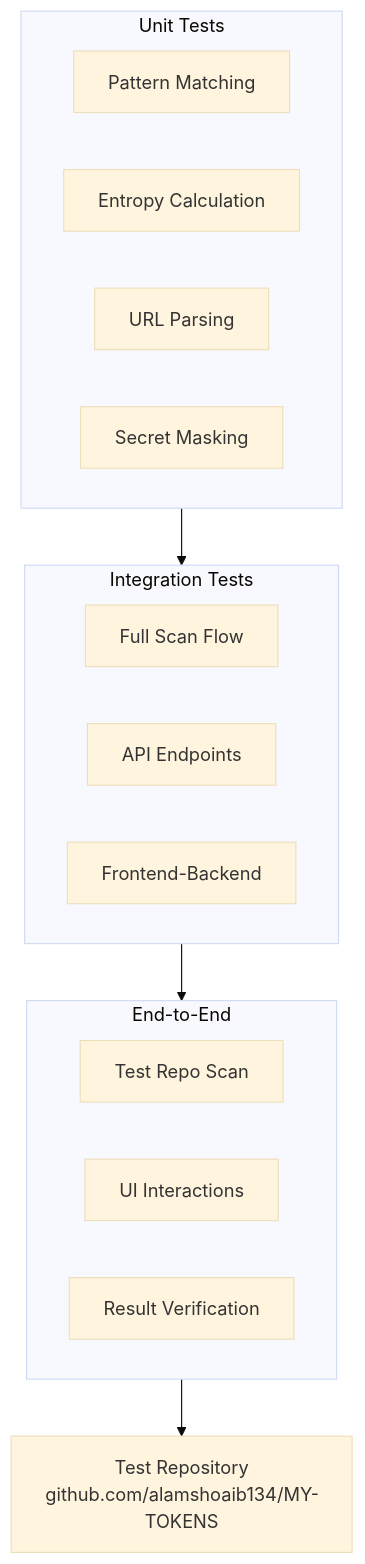
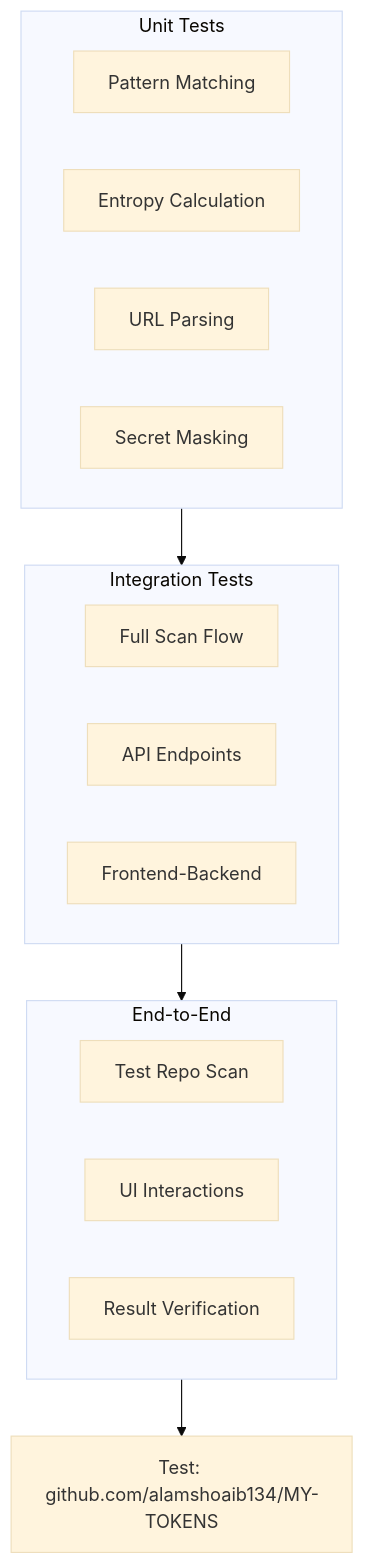
Diagram 16 of 18 in architecture/LLD.md (alamshoaib134/git-secret-scanner), drawn with Mermaid (base theme) before and after one commit. The commit also changed other lines of this file and 1 other file, not shown here.

First line of the commit message:
Fix Mermaid syntax errors in architecture diagrams

````diff
--- a/architecture/LLD.md
+++ b/architecture/LLD.md
@@ -443,26 +428,26 @@
 ```mermaid
 graph TD
     subgraph Unit["Unit Tests"]
-        U1[Pattern Matching]
-        U2[Entropy Calculation]
-        U3[URL Parsing]
-        U4[Secret Masking]
+        U1["Pattern Matching"]
+        U2["Entropy Calculation"]
+        U3["URL Parsing"]
+        U4["Secret Masking"]
     end
 
     subgraph Integration["Integration Tests"]
-        I1[Full Scan Flow]
-        I2[API Endpoints]
-        I3[Frontend-Backend]
+        I1["Full Scan Flow"]
+        I2["API Endpoints"]
+        I3["Frontend-Backend"]
     end
 
     subgraph E2E["End-to-End"]
-        E1[Test Repo Scan]
-        E2[UI Interactions]
-        E3[Result Verification]
+        E1["Test Repo Scan"]
+        E2["UI Interactions"]
+        E3["Result Verification"]
     end
 
-    TEST_REPO[Test Repository<br/>github.com/alamshoaib134/MY-TOKENS]
+    TEST_REPO["Test: github.com/alamshoaib134/MY-TOKENS"]
     
     Unit --> Integration --> E2E
     E2E --> TEST_REPO
 ```
````
